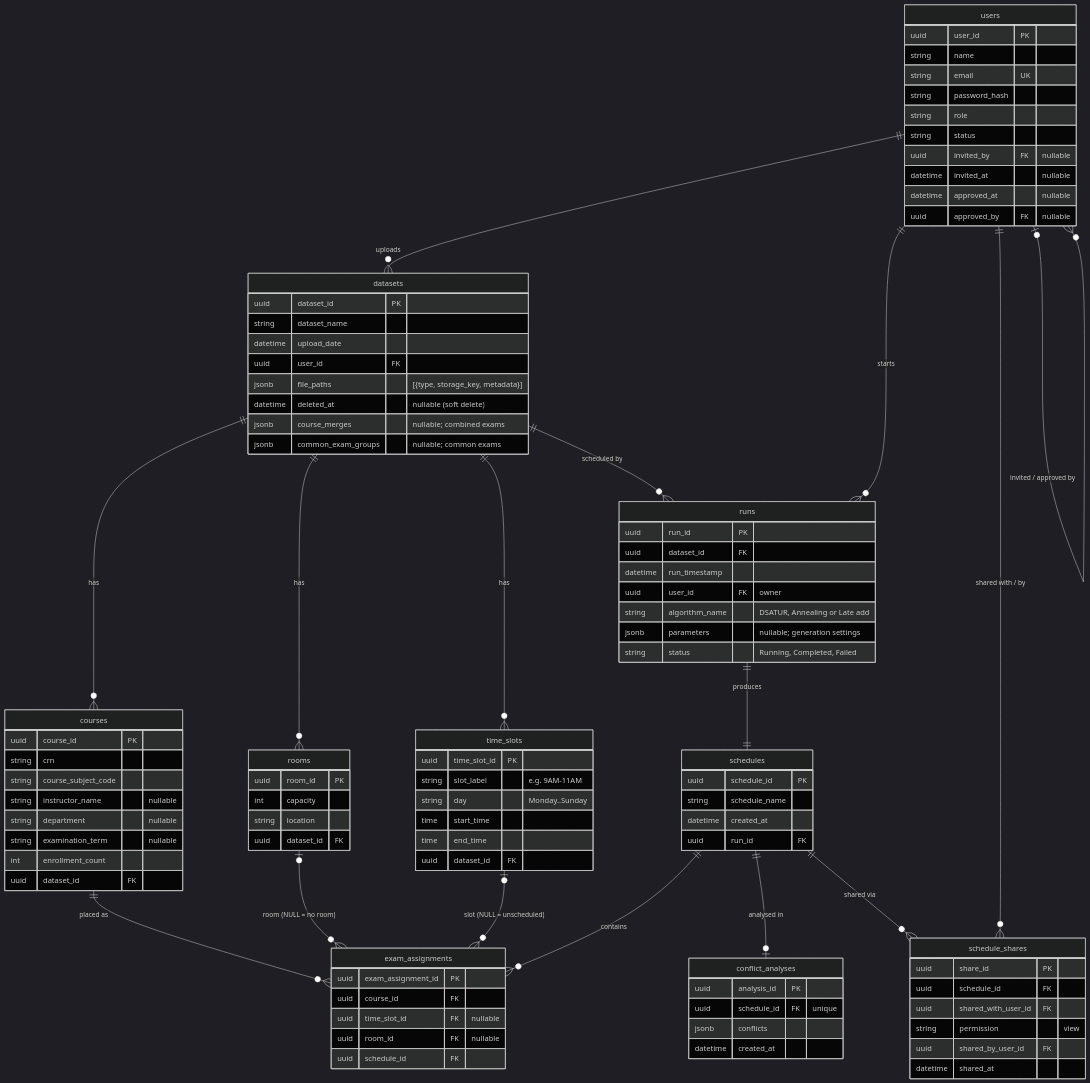
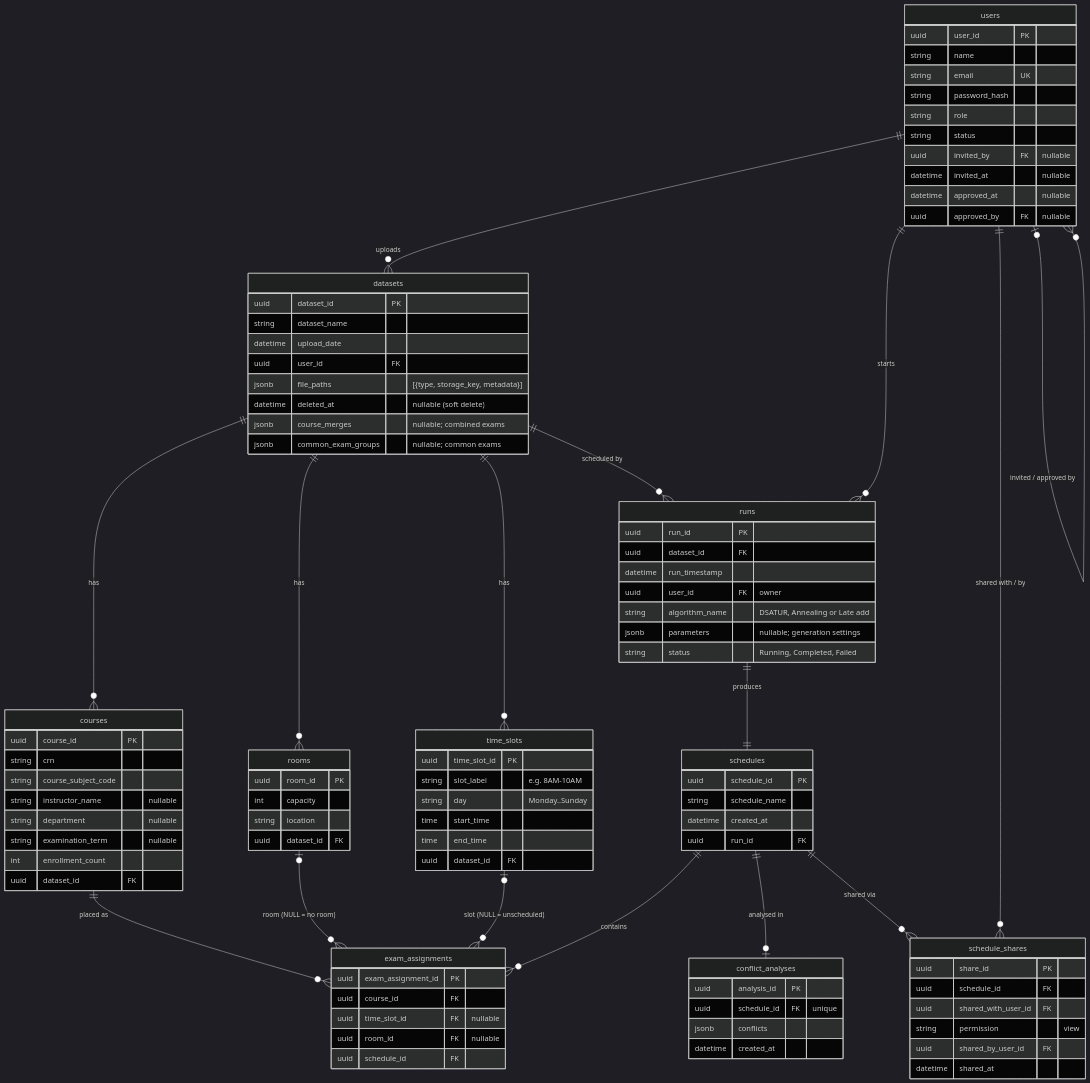
The diagram in docs/DATA.md (KhourySpecialProjects/ExamEngine), drawn with Mermaid (dark theme) before and after one commit. The commit also changed other lines of this file and 40 other files, not shown here.

```diff
--- a/docs/DATA.md
+++ b/docs/DATA.md
@@ -266,7 +266,7 @@
     }
     time_slots {
         uuid time_slot_id PK
-        string slot_label "e.g. 9AM-11AM"
+        string slot_label "e.g. 8AM-10AM"
         string day "Monday..Sunday"
         time start_time
         time end_time
```
